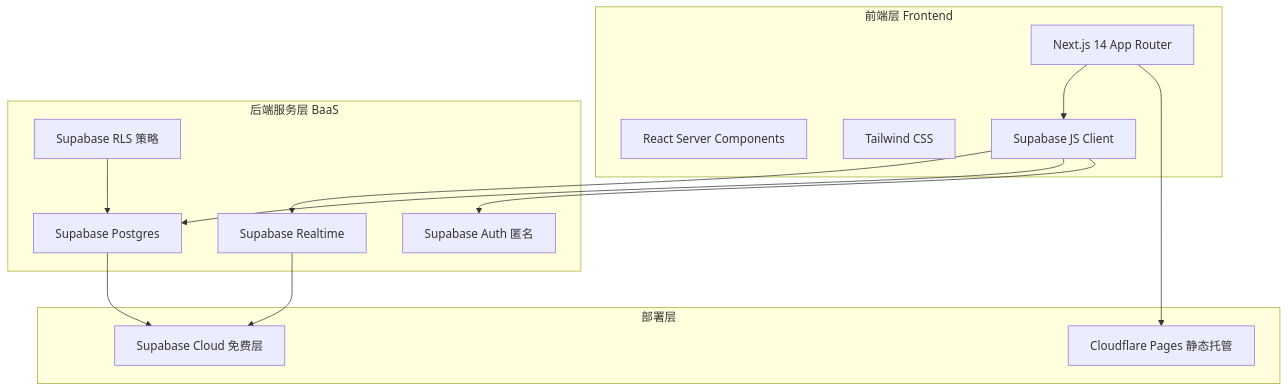
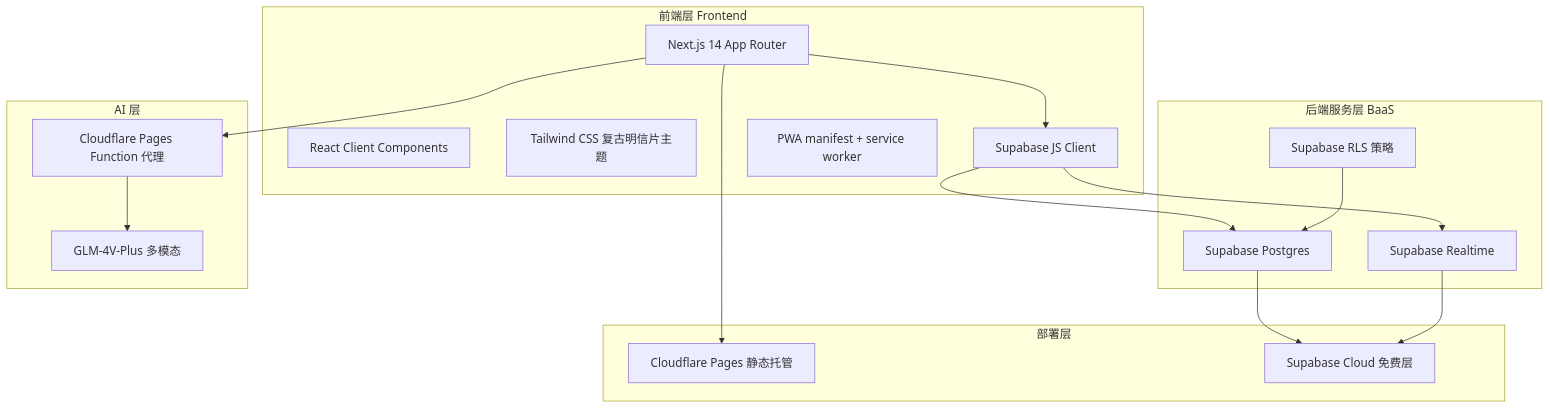
One commit to Ember1414/travel-split changed the first of 2 diagrams in .trae/documents/TechArch.md. Above: the diagram before and after it, drawn with Mermaid. The commit also changed other lines of this file and 2 other files, not shown here.

````diff
--- a/.trae/documents/TechArch.md
+++ b/.trae/documents/TechArch.md
@@ -5,27 +5,32 @@
 ```mermaid
 flowchart TD
     subgraph "前端层 Frontend"
         A["Next.js 14 App Router"]
-        B["React Server Components"]
-        C["Tailwind CSS"]
+        B["React Client Components"]
+        C["Tailwind CSS 复古明信片主题"]
         D["Supabase JS Client"]
+        P["PWA manifest + service worker"]
     end
     subgraph "后端服务层 BaaS"
         E["Supabase Postgres"]
         F["Supabase Realtime"]
         G["Supabase RLS 策略"]
-        H["Supabase Auth 匿名"]
+    end
+    subgraph "AI 层"
+        M["GLM-4V-Plus 多模态"]
+        N["Cloudflare Pages Function 代理"]
     end
     subgraph "部署层"
         I["Cloudflare Pages 静态托管"]
         J["Supabase Cloud 免费层"]
     end
     A --> D
     D --> F
     D --> E
-    D --> H
     G --> E
     A --> I
+    A --> N
+    N --> M
     E --> J
     F --> J
 ```
````
